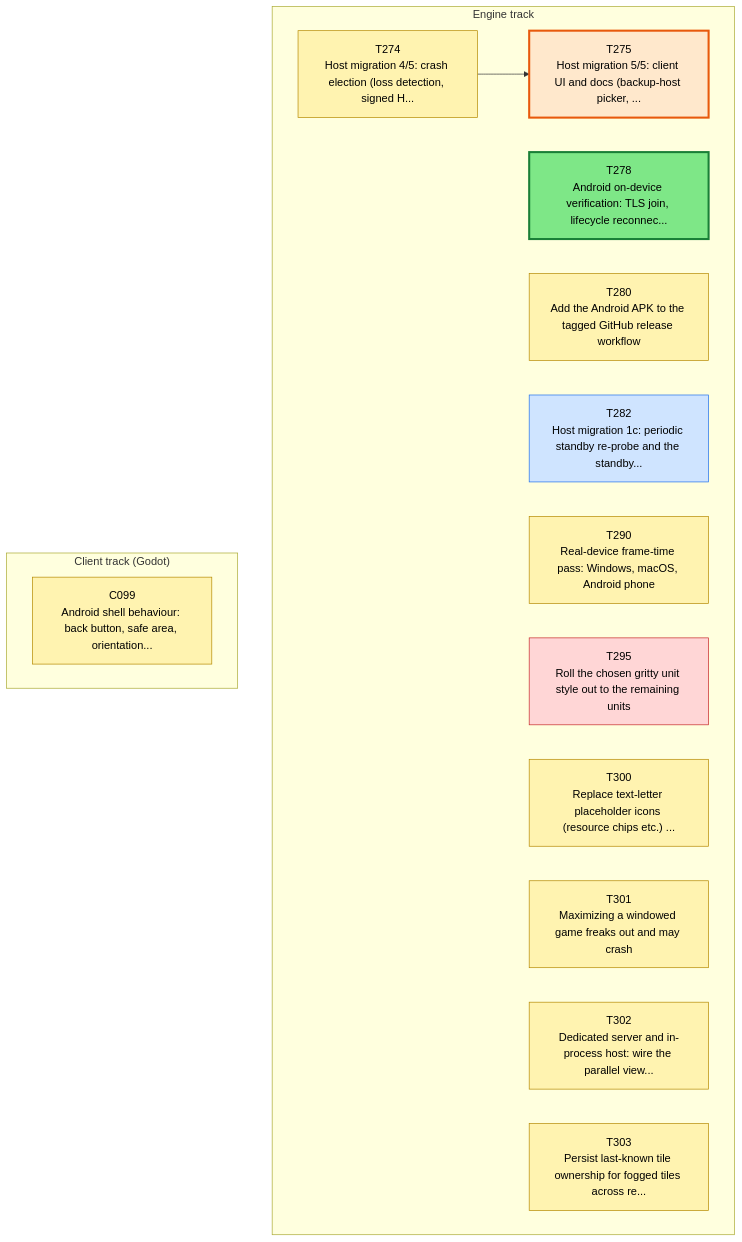
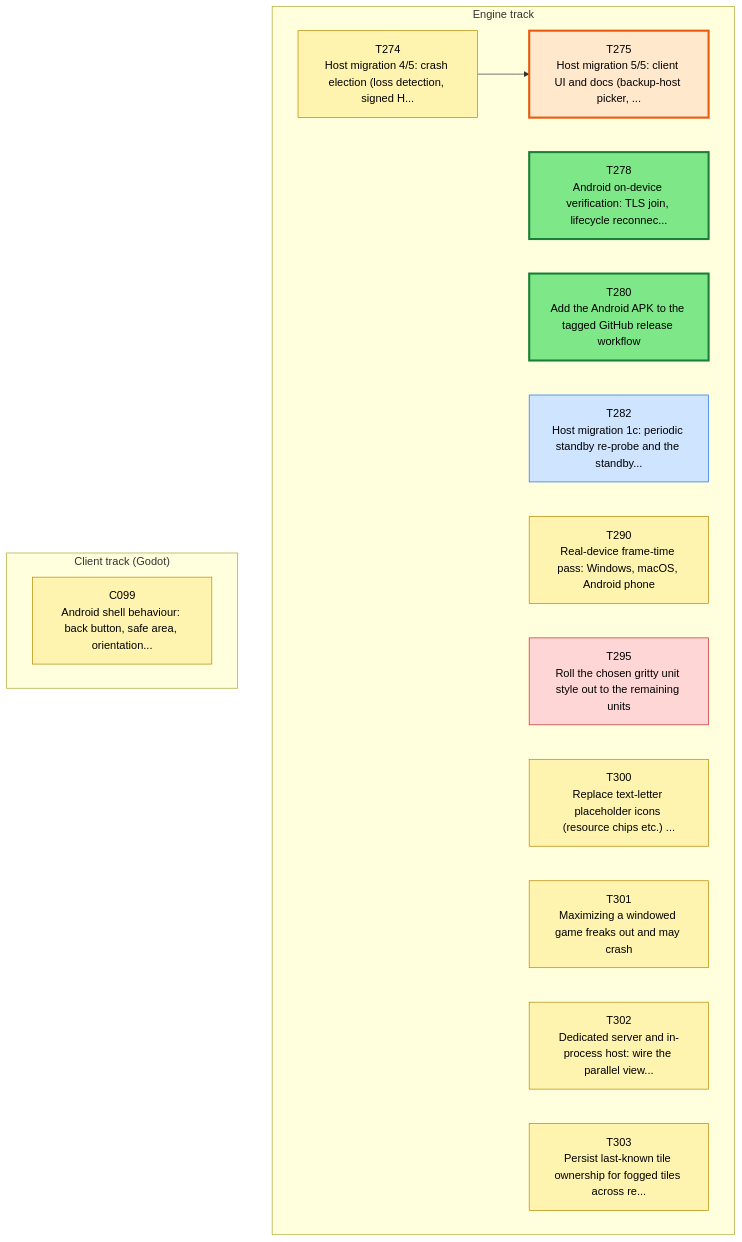
The first of 3 diagrams in csharp/migration/DEPENDENCY_MAP.md (Kenmura/Unciv), drawn with Mermaid before and after one commit. The commit also changed other lines of this file and 1 other file, not shown here.

````diff
--- a/csharp/migration/DEPENDENCY_MAP.md
+++ b/csharp/migration/DEPENDENCY_MAP.md
@@ -35,39 +35,39 @@
 ```mermaid
 flowchart TD
   subgraph TTRACK["Engine track"]
     T274["T274<br/>Host migration 4/5: crash election (loss detection, signed H..."]
     T275["T275<br/>Host migration 5/5: client UI and docs (backup-host picker, ..."]
     T278["T278<br/>Android on-device verification: TLS join, lifecycle reconnec..."]
     T280["T280<br/>Add the Android APK to the tagged GitHub release workflow"]
     T282["T282<br/>Host migration 1c: periodic standby re-probe and the standby..."]
     T290["T290<br/>Real-device frame-time pass: Windows, macOS, Android phone"]
     T295["T295<br/>Roll the chosen gritty unit style out to the remaining units"]
     T300["T300<br/>Replace text-letter placeholder icons (resource chips etc.) ..."]
     T301["T301<br/>Maximizing a windowed game freaks out and may crash"]
     T302["T302<br/>Dedicated server and in-process host: wire the parallel view..."]
     T303["T303<br/>Persist last-known tile ownership for fogged tiles across re..."]
   end
   subgraph CTRACK["Client track (Godot)"]
     C099["C099<br/>Android shell behaviour: back button, safe area, orientation..."]
   end
   T274 --> T275
   classDef waiting fill:#f3faf3,stroke:#9bc49b,color:#555,stroke-dasharray:2 2
   classDef ondeck fill:#ffe8cc,stroke:#e8590c,stroke-width:3px,color:#000
   classDef ready fill:#7ee787,stroke:#1a7f37,stroke-width:3px,color:#000
   classDef prog fill:#fff3b0,stroke:#b58900,color:#000
   classDef review fill:#cfe4ff,stroke:#1f6feb,color:#000
   classDef blocked fill:#ffd6d6,stroke:#c62828,color:#000
   classDef done fill:#eeeeee,stroke:#999999,color:#666,stroke-dasharray:4 3
   class C099 prog
   class T274 prog
   class T275 ondeck
   class T278 ready
-  class T280 prog
+  class T280 ready
   class T282 review
   class T290 prog
   class T295 blocked
   class T300 prog
   class T301 prog
   class T302 prog
   class T303 prog
 ```
````
